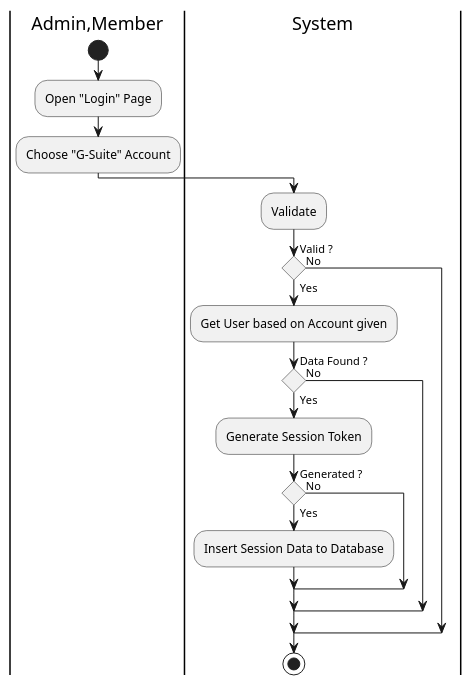
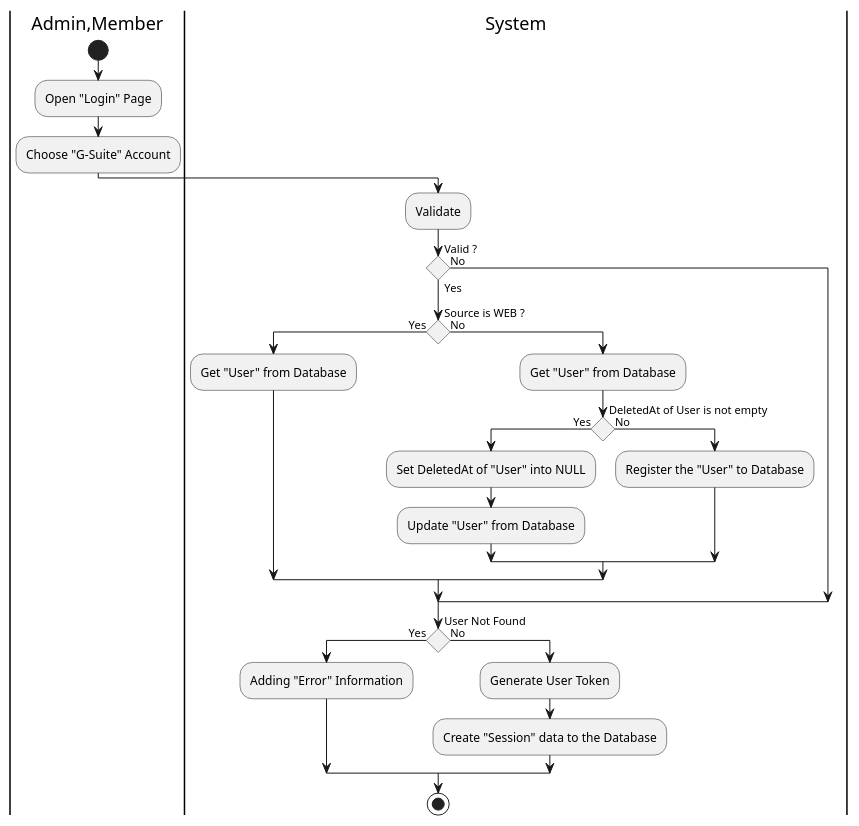
One commit to fwidjaya20/fazzlearning-uml changed the diagram in Activity/Release01/Login.wsd. Above: the diagram before and after it, drawn with PlantUML. The commit also changed 7 other files, not shown here.

```diff
--- a/Activity/Release01/Login.wsd
+++ b/Activity/Release01/Login.wsd
@@ -1,31 +1,41 @@
 @startuml Login
 
 skinparam ConditionEndStyle hline
 skinparam conditionStyle diamond
 skinparam Monochrome true
 skinparam Shadowing false
 
 |Admin,Member|
 start
 :Open "Login" Page;
 :Choose "G-Suite" Account;
 
 |System|
 :Validate;
 
 if (Valid ?) then (Yes)
-    :Get User based on Account given;
+    if (Source is WEB ?) then (Yes)
+        :Get "User" from Database;
+    else (No)
+        :Get "User" from Database;
 
-    if (Data Found ?) then (Yes)
-        :Generate Session Token;
-        if (Generated ?) then (Yes)
-            :Insert Session Data to Database;
+        if (DeletedAt of User is not empty) then (Yes)
+            :Set DeletedAt of "User" into NULL;
+            :Update "User" from Database;
         else (No)
+            :Register the "User" to Database;
         endif
-    else (No)
     endif
 else (No)
 endif
+
+if (User Not Found) then (Yes)
+    :Adding "Error" Information;
+else (No)
+    :Generate User Token;
+    :Create "Session" data to the Database;
+endif
+
 stop
 
 @enduml
```
